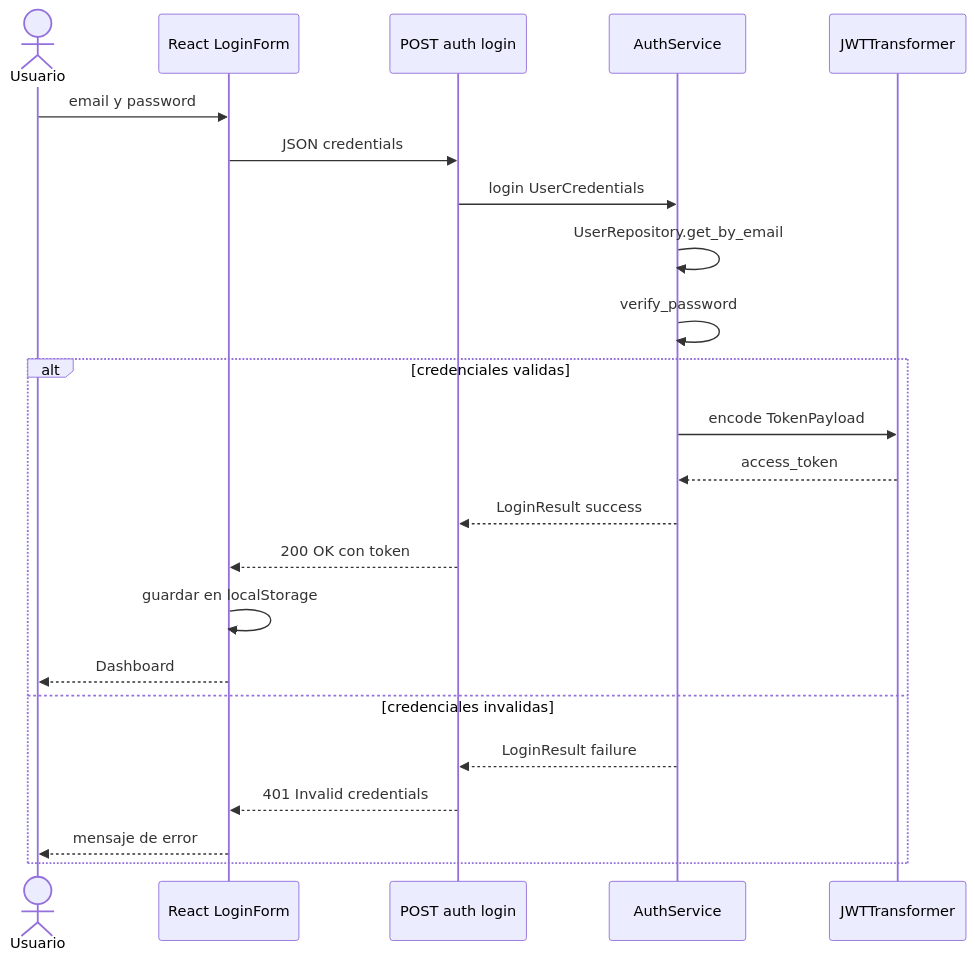
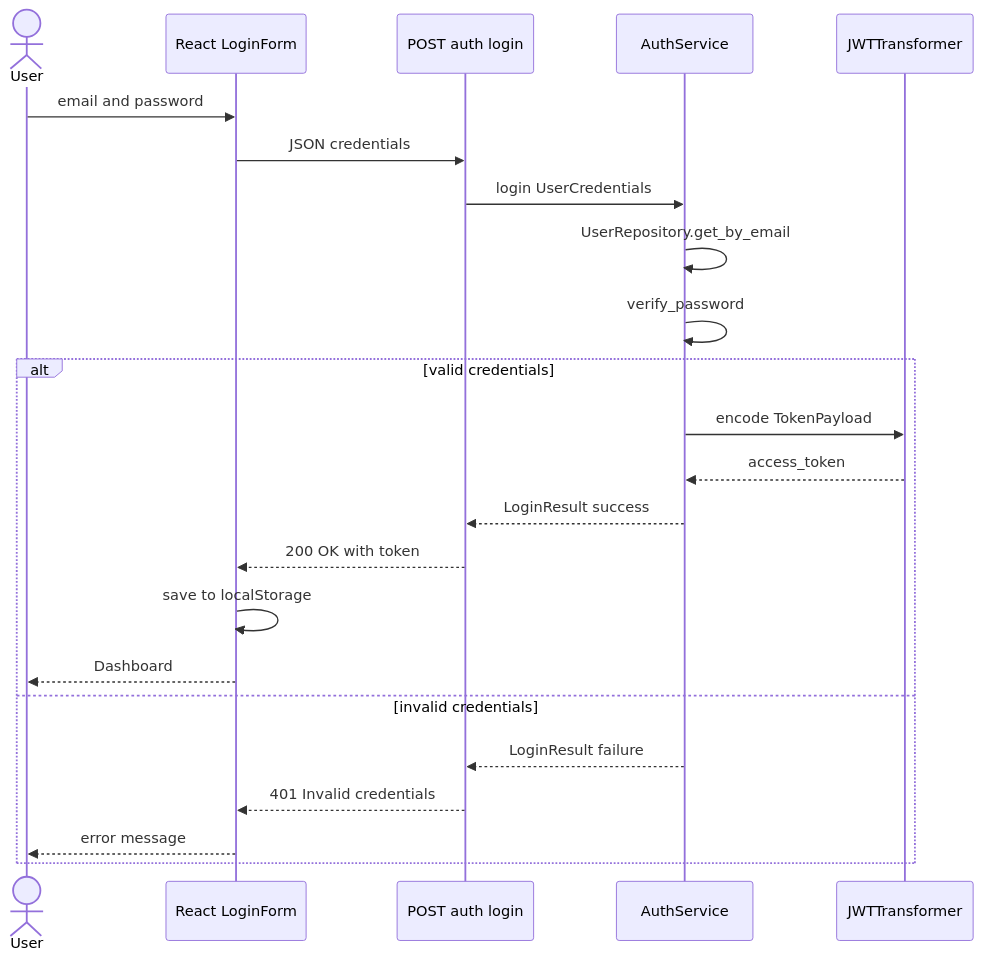
Before and after one commit to victorm-ai/legal-rent-ai: the second of 3 diagrams in docs/architecture/c4-level4-code-auth.md, drawn with Mermaid. The commit also changed other lines of this file and 57 other files, not shown here.

````diff
--- a/docs/architecture/c4-level4-code-auth.md
+++ b/docs/architecture/c4-level4-code-auth.md
@@ -97,26 +97,26 @@
 ```mermaid
 sequenceDiagram
-    actor User as Usuario
+    actor User as User
     participant Web as React LoginForm
     participant API as POST auth login
     participant Svc as AuthService
     participant JWT as JWTTransformer
 
-    User->>Web: email y password
+    User->>Web: email and password
     Web->>API: JSON credentials
     API->>Svc: login UserCredentials
     Svc->>Svc: UserRepository.get_by_email
     Svc->>Svc: verify_password
-    alt credenciales validas
+    alt valid credentials
         Svc->>JWT: encode TokenPayload
         JWT-->>Svc: access_token
         Svc-->>API: LoginResult success
-        API-->>Web: 200 OK con token
-        Web->>Web: guardar en localStorage
+        API-->>Web: 200 OK with token
+        Web->>Web: save to localStorage
         Web-->>User: Dashboard
-    else credenciales invalidas
+    else invalid credentials
         Svc-->>API: LoginResult failure
         API-->>Web: 401 Invalid credentials
-        Web-->>User: mensaje de error
+        Web-->>User: error message
     end
 ```
````
